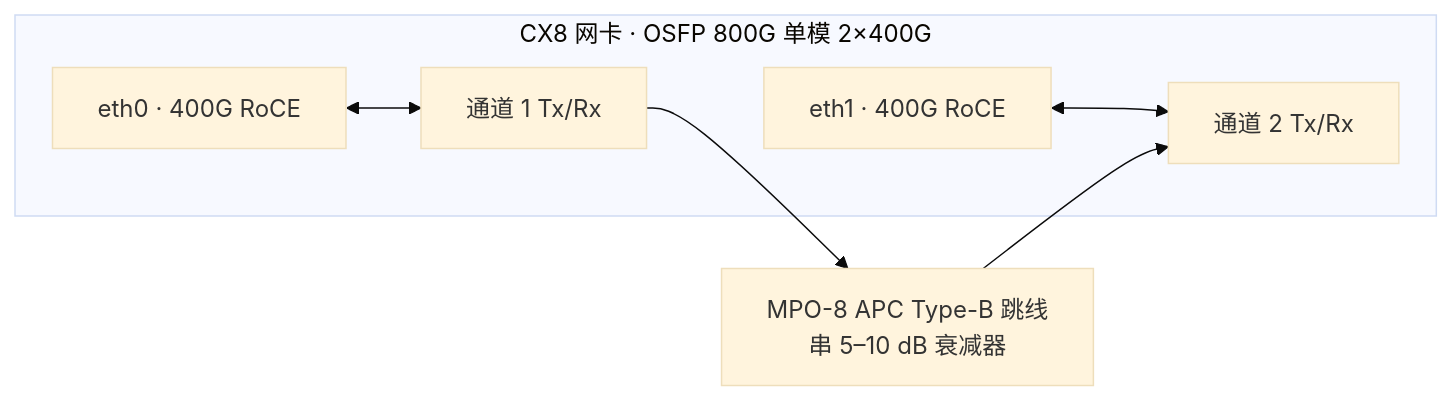
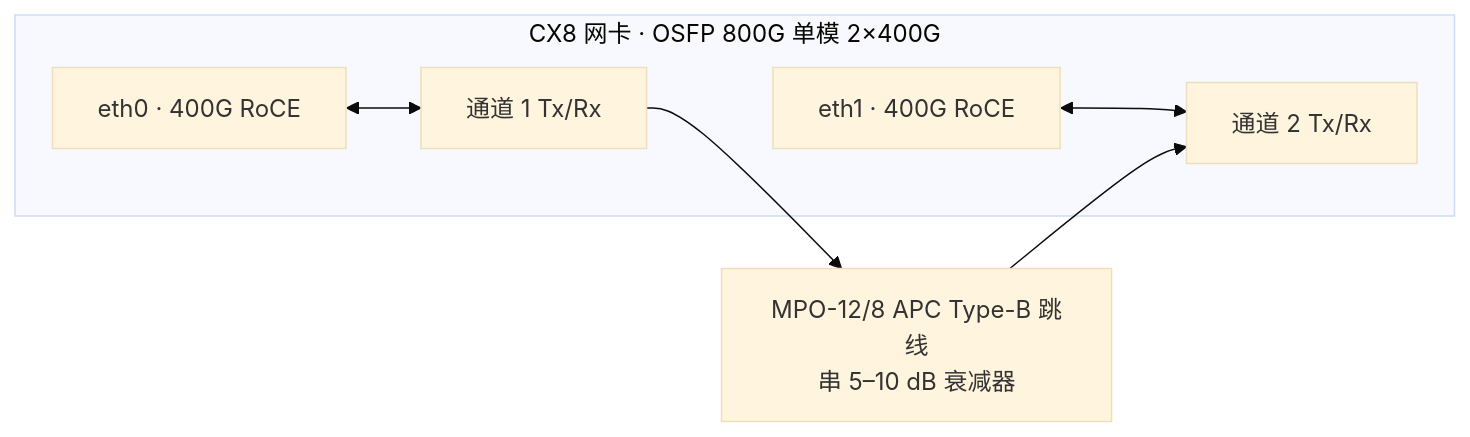
Before and after one commit to mengxidong-manager/nvidia: the first of 3 diagrams in docs/cx8-loopback.md, drawn with Mermaid (base theme). The commit also changed other lines of this file, not shown here.

First line of the commit message:
docs: 修正 CX8 自环手册与 800G 光模块文档的 OSFP/MPO 错误

````diff
--- a/docs/cx8-loopback.md
+++ b/docs/cx8-loopback.md
@@ -48,13 +69,13 @@
 ```mermaid
 graph LR
   subgraph CX8["CX8 网卡 · OSFP 800G 单模 2×400G"]
     eth0["eth0 · 400G RoCE"]
     eth1["eth1 · 400G RoCE"]
     ch1["通道 1 Tx/Rx"]
     ch2["通道 2 Tx/Rx"]
   end
   eth0 <--> ch1
   eth1 <--> ch2
-  ch1 --> J["MPO-8 APC Type-B 跳线<br/>串 5–10 dB 衰减器"]
+  ch1 --> J["MPO-12/8 APC Type-B 跳线<br/>串 5–10 dB 衰减器"]
   J --> ch2
 ```
````
